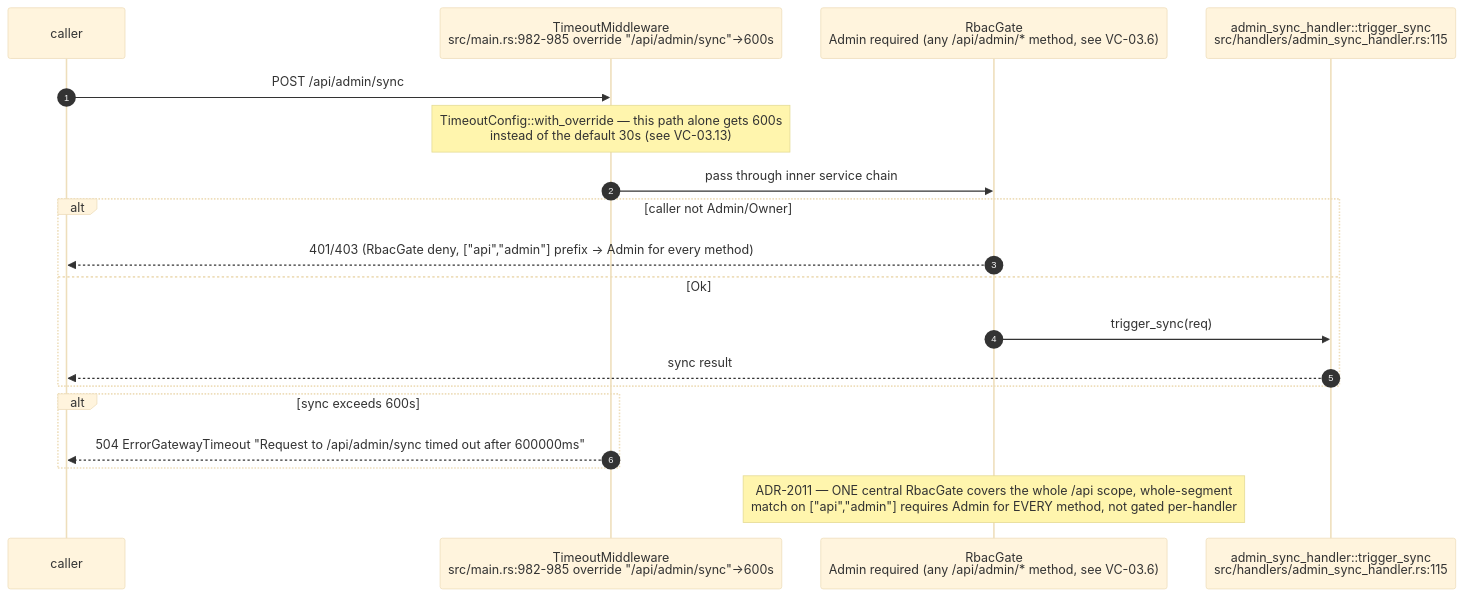
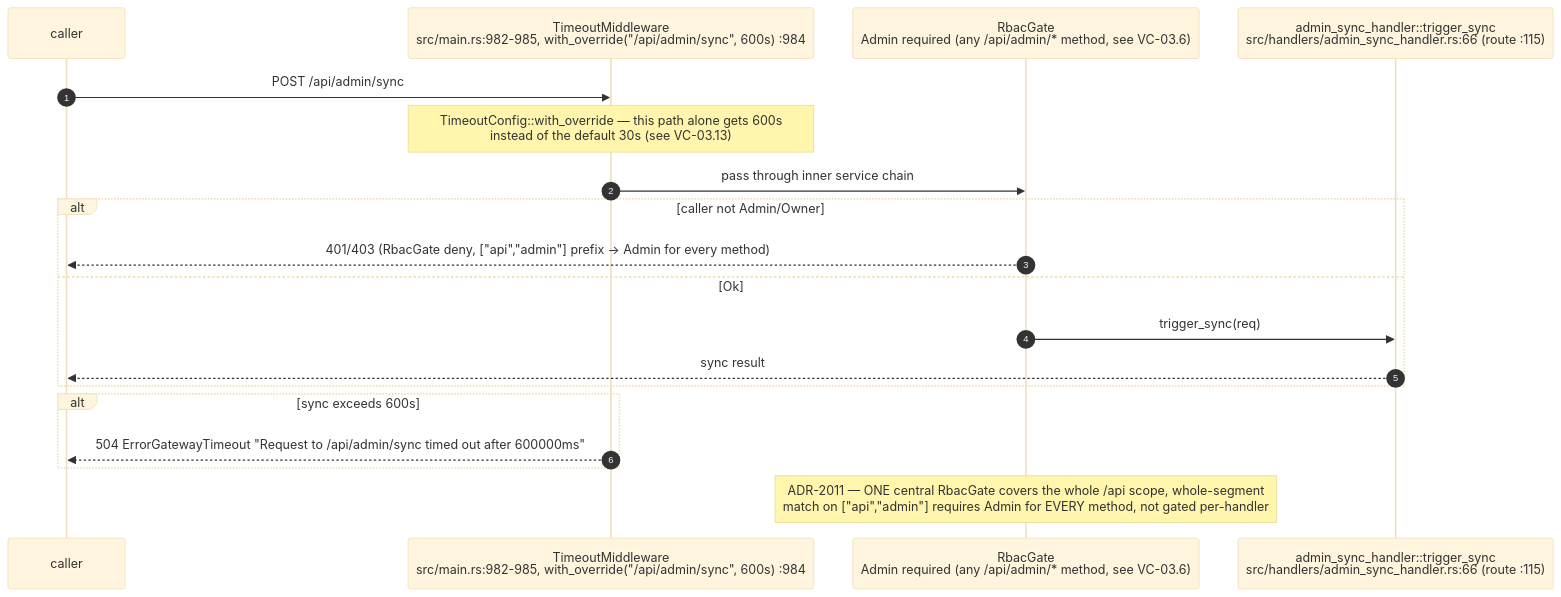
One commit to DreamLab-AI/VisionFlow changed the second of 18 diagrams in docs/diagrams/visionclaw/05-handlers-governance-and-identity.md. Above: the diagram before and after it, drawn with Mermaid (base theme). The commit also changed other lines of this file and 52 other files, not shown here.

First line of the commit message:
docs(diagrams): wave 3 checkpoint — bare line refs resolved, revision-pinned cite-check, VC-05/AB-01..13 re-attested

````diff
--- a/docs/diagrams/visionclaw/05-handlers-governance-and-identity.md
+++ b/docs/diagrams/visionclaw/05-handlers-governance-and-identity.md
@@ -116,22 +117,22 @@
 ```mermaid
 sequenceDiagram
     autonumber
     participant C as caller
-    participant TO as TimeoutMiddleware<br/>src/main.rs:982-985 override "/api/admin/sync"->600s
+    participant TO as TimeoutMiddleware<br/>src/main.rs:982-985, with_override("/api/admin/sync", 600s) :984
     participant RG as RbacGate<br/>Admin required (any /api/admin/* method, see VC-03.6)
-    participant H as admin_sync_handler::trigger_sync<br/>src/handlers/admin_sync_handler.rs:115
+    participant H as admin_sync_handler::trigger_sync<br/>src/handlers/admin_sync_handler.rs:66 (route :115)
 
     C->>TO: POST /api/admin/sync
     Note over TO: TimeoutConfig::with_override — this path alone gets 600s<br/>instead of the default 30s (see VC-03.13)
     TO->>RG: pass through inner service chain
     alt caller not Admin/Owner
         RG-->>C: 401/403 (RbacGate deny, ["api","admin"] prefix -> Admin for every method)
     else Ok
         RG->>H: trigger_sync(req)
         H-->>C: sync result
     end
     alt sync exceeds 600s
         TO-->>C: 504 ErrorGatewayTimeout "Request to /api/admin/sync timed out after 600000ms"
     end
     Note over RG: ADR-2011 — ONE central RbacGate covers the whole /api scope, whole-segment<br/>match on ["api","admin"] requires Admin for EVERY method, not gated per-handler
 ```
````
